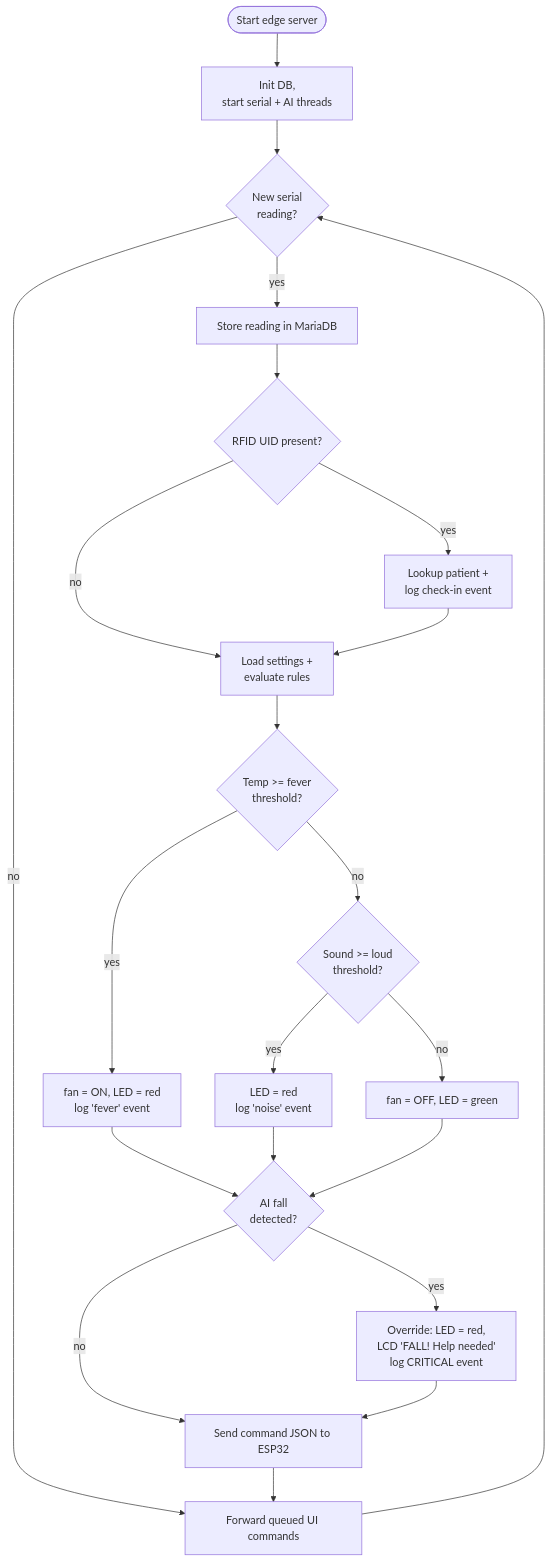
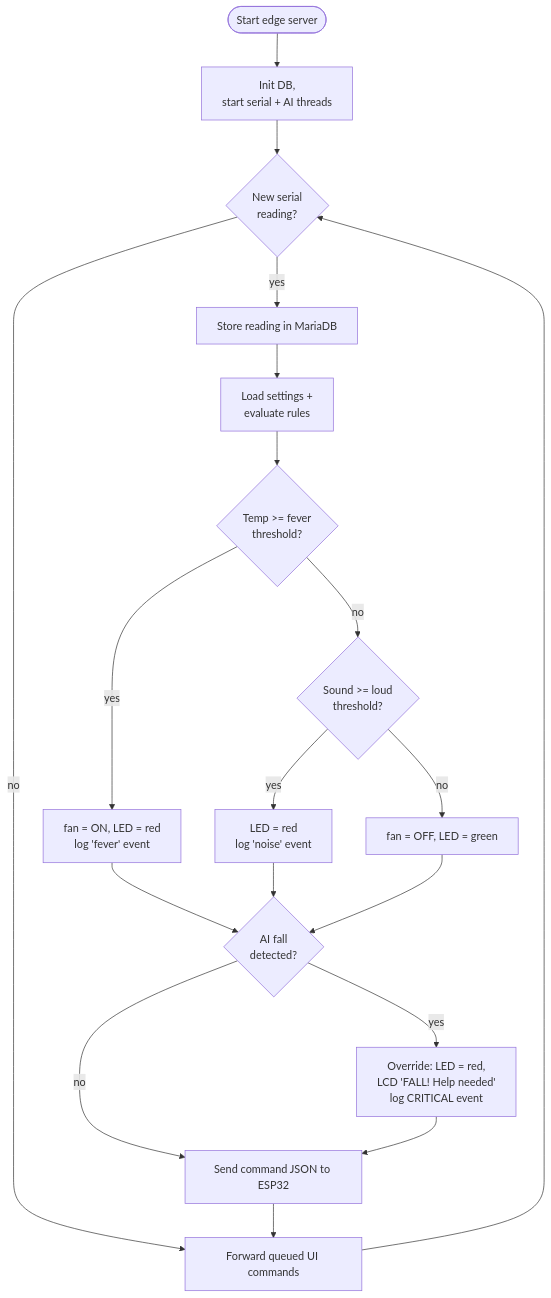
The third of 7 diagrams in docs/diagrams.md (Protein-17012006/IOT-HealthStation), drawn with Mermaid before and after one commit. The commit also changed other lines of this file and 14 other files, not shown here.

````diff
--- a/docs/diagrams.md
+++ b/docs/diagrams.md
@@ -107,24 +101,21 @@
 ```mermaid
 flowchart TD
   Start([Start edge server]) --> Init["Init DB,<br/>start serial + AI threads"]
   Init --> Read{"New serial<br/>reading?"}
   Read -- no --> Manual
   Read -- yes --> Store["Store reading in MariaDB"]
-  Store --> RFIDq{"RFID UID present?"}
-  RFIDq -- yes --> Lookup["Lookup patient +<br/>log check-in event"]
-  RFIDq -- no --> Rules
-  Lookup --> Rules["Load settings +<br/>evaluate rules"]
+  Store --> Rules["Load settings +<br/>evaluate rules"]
   Rules --> Fever{"Temp >= fever<br/>threshold?"}
   Fever -- yes --> FanOn["fan = ON, LED = red<br/>log 'fever' event"]
   Fever -- no --> Loud{"Sound >= loud<br/>threshold?"}
   Loud -- yes --> Noise["LED = red<br/>log 'noise' event"]
   Loud -- no --> Ok["fan = OFF, LED = green"]
   FanOn --> FallChk
   Noise --> FallChk
   Ok --> FallChk
   FallChk{"AI fall<br/>detected?"} -- yes --> Fall["Override: LED = red,<br/>LCD 'FALL! Help needed'<br/>log CRITICAL event"]
   FallChk -- no --> Send
   Fall --> Send["Send command JSON to ESP32"]
   Send --> Manual["Forward queued UI commands"]
   Manual --> Read
 ```
````
